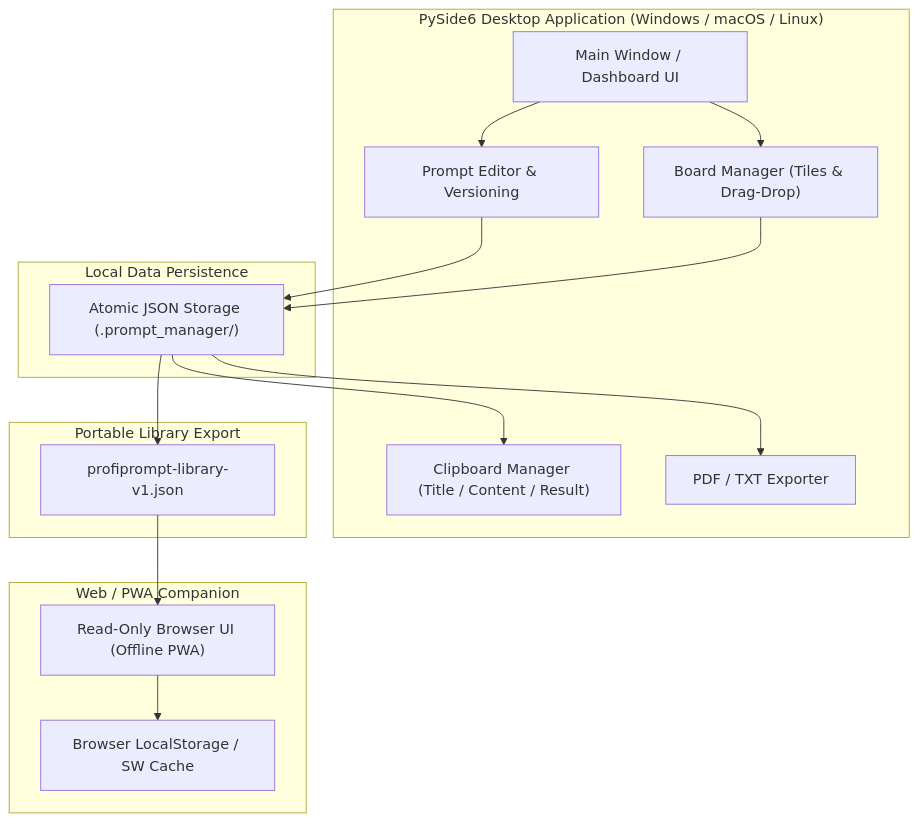
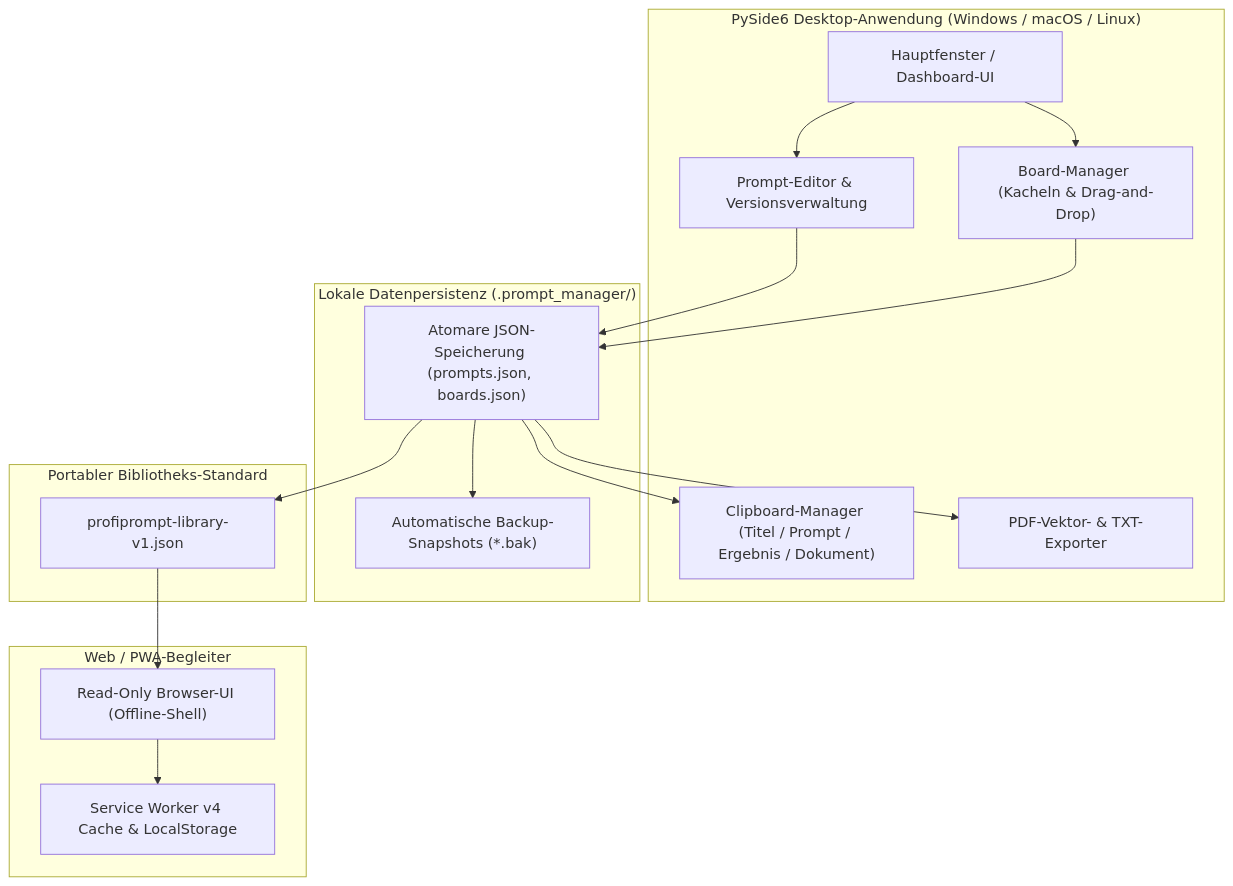
The diagram in README_de.md (file-bricks/ProfiPrompt), drawn with Mermaid before and after one commit. The commit also changed other lines of this file and 7 other files, not shown here.

````diff
--- a/README_de.md
+++ b/README_de.md
@@ -25,33 +119,35 @@
 ```mermaid
 flowchart TD
-    subgraph DesktopApp["PySide6 Desktop Application (Windows / macOS / Linux)"]
-        UI["Main Window / Dashboard UI"]
-        BM["Board Manager (Tiles & Drag-Drop)"]
-        PM["Prompt Editor & Versioning"]
-        CM["Clipboard Manager (Title / Content / Result)"]
-        EX["PDF / TXT Exporter"]
+    subgraph DesktopApp["PySide6 Desktop-Anwendung (Windows / macOS / Linux)"]
+        UI["Hauptfenster / Dashboard-UI"]
+        BM["Board-Manager (Kacheln & Drag-and-Drop)"]
+        PM["Prompt-Editor & Versionsverwaltung"]
+        CM["Clipboard-Manager (Titel / Prompt / Ergebnis / Dokument)"]
+        EX["PDF-Vektor- & TXT-Exporter"]
     end
 
-    subgraph Storage["Local Data Persistence"]
-        JSONStore["Atomic JSON Storage (.prompt_manager/)"]
+    subgraph Storage["Lokale Datenpersistenz (.prompt_manager/)"]
+        JSONStore["Atomare JSON-Speicherung (prompts.json, boards.json)"]
+        BackupStore["Automatische Backup-Snapshots (*.bak)"]
     end
 
-    subgraph ExportFormat["Portable Library Export"]
+    subgraph ExportFormat["Portabler Bibliotheks-Standard"]
         LibJSON["profiprompt-library-v1.json"]
     end
 
-    subgraph Companion["Web / PWA Companion"]
-        PWA["Read-Only Browser UI (Offline PWA)"]
-        LocalCache["Browser LocalStorage / SW Cache"]
+    subgraph Companion["Web / PWA-Begleiter"]
+        PWA["Read-Only Browser-UI (Offline-Shell)"]
+        LocalCache["Service Worker v4 Cache & LocalStorage"]
     end
 
     UI --> PM
     UI --> BM
     PM --> JSONStore
     BM --> JSONStore
+    JSONStore --> BackupStore
     JSONStore --> CM
     JSONStore --> EX
     JSONStore --> LibJSON
     LibJSON --> PWA
     PWA --> LocalCache
 ```
````
